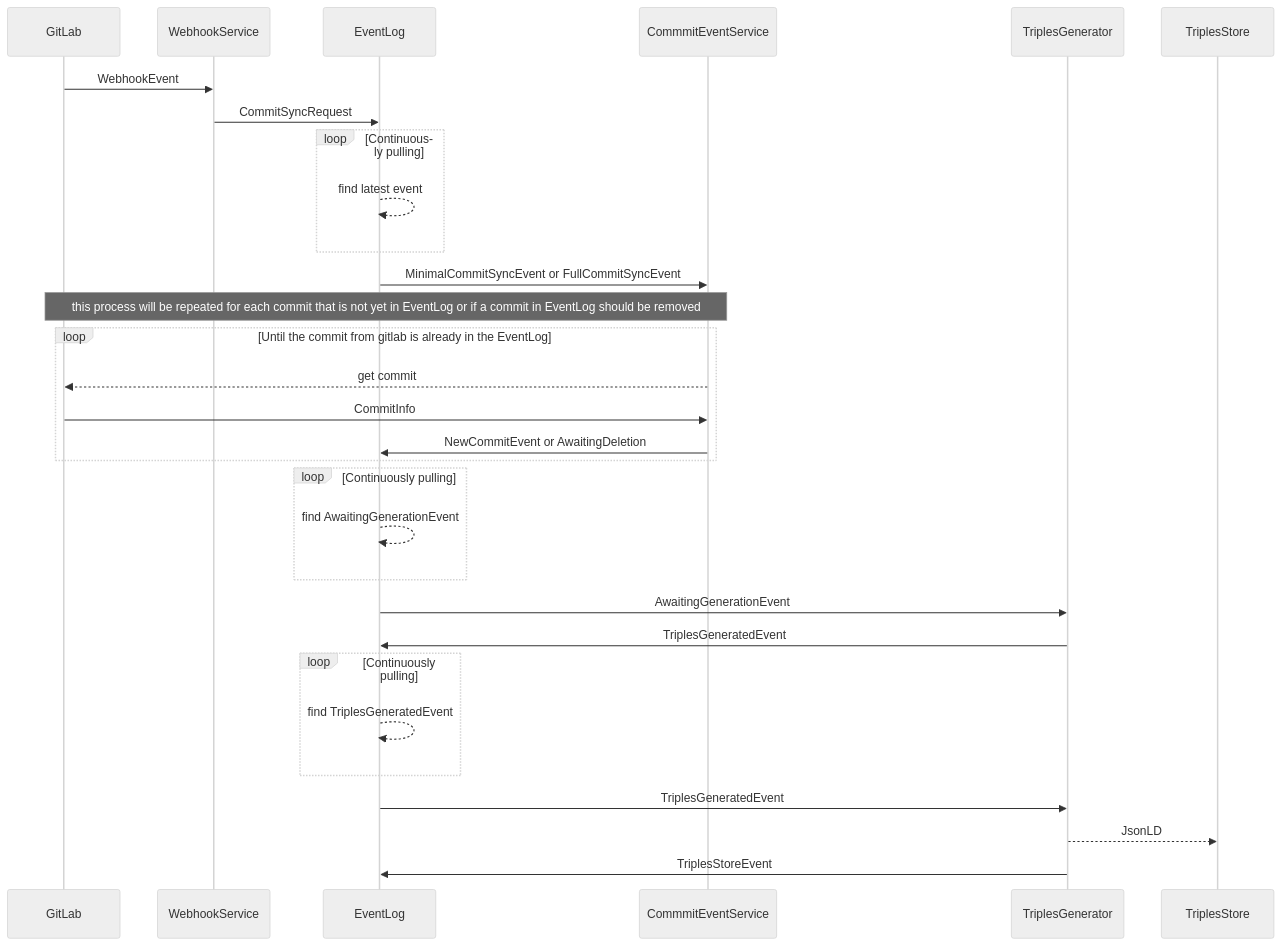
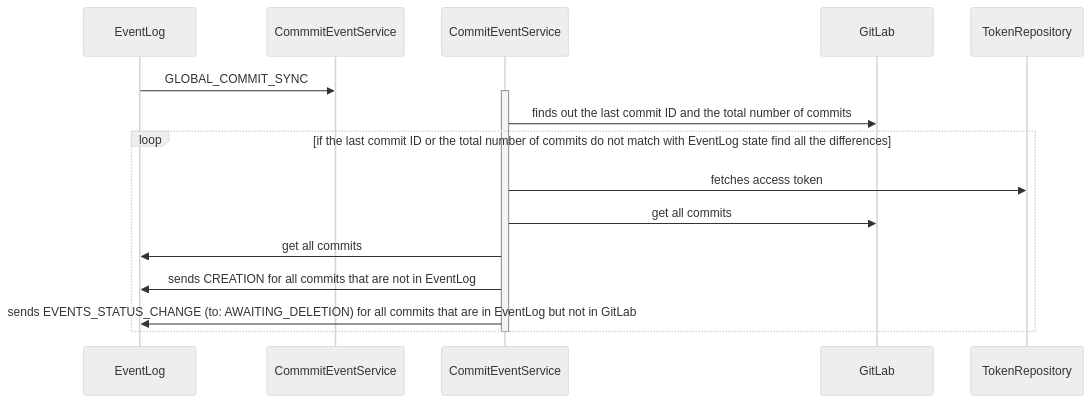
One commit to SwissDataScienceCenter/renku-graph changed the fourth of 10 diagrams in README.md. Above: the diagram before and after it, drawn with Mermaid (neutral theme). The commit also changed other lines of this file, not shown here.

````diff
--- a/README.md
+++ b/README.md
@@ -88,32 +150,19 @@
 ```mermaid
 sequenceDiagram
-    participant GitLab
-    participant WebhookService
     participant EventLog
     participant CommmitEventService
-    participant TriplesGenerator
-    participant TriplesStore
-    GitLab ->>WebhookService: WebhookEvent
-    WebhookService ->>EventLog: CommitSyncRequest 
-    loop Continuously pulling
-    EventLog -->>EventLog: find latest event 
+    participant CommitEventService
+    participant GitLab
+
+    EventLog ->> CommmitEventService: GLOBAL_COMMIT_SYNC
+    activate CommitEventService
+    CommitEventService ->> GitLab: finds out the last commit ID and the total number of commits
+    loop if the last commit ID or the total number of commits do not match with EventLog state find all the differences
+    CommitEventService ->> TokenRepository: fetches access token
+    CommitEventService ->> GitLab: get all commits
+    CommitEventService ->> EventLog: get all commits
+    CommitEventService ->> EventLog: sends CREATION for all commits that are not in EventLog
+    CommitEventService ->> EventLog: sends EVENTS_STATUS_CHANGE (to: AWAITING_DELETION) for all commits that are in EventLog but not in GitLab
     end
-    EventLog ->>CommmitEventService: MinimalCommitSyncEvent or FullCommitSyncEvent
-    Note over CommmitEventService, GitLab: this process will be repeated for each commit that is not yet in EventLog or if a commit in EventLog should be removed
-    loop Until the commit from gitlab is already in the EventLog
-    CommmitEventService -->>GitLab: get commit
-    GitLab ->>CommmitEventService: CommitInfo
-    CommmitEventService ->>EventLog: NewCommitEvent or AwaitingDeletion
-    end
-    loop Continuously pulling
-    EventLog -->>EventLog: find AwaitingGenerationEvent
-    end
-    EventLog ->>TriplesGenerator: AwaitingGenerationEvent
-    TriplesGenerator ->>EventLog: TriplesGeneratedEvent
-    loop Continuously pulling
-    EventLog -->>EventLog: find TriplesGeneratedEvent
-    end
-    EventLog ->>TriplesGenerator: TriplesGeneratedEvent
-    TriplesGenerator -->>TriplesStore: JsonLD
-    TriplesGenerator ->>EventLog: TriplesStoreEvent
+    deactivate CommitEventService
 ```
````
